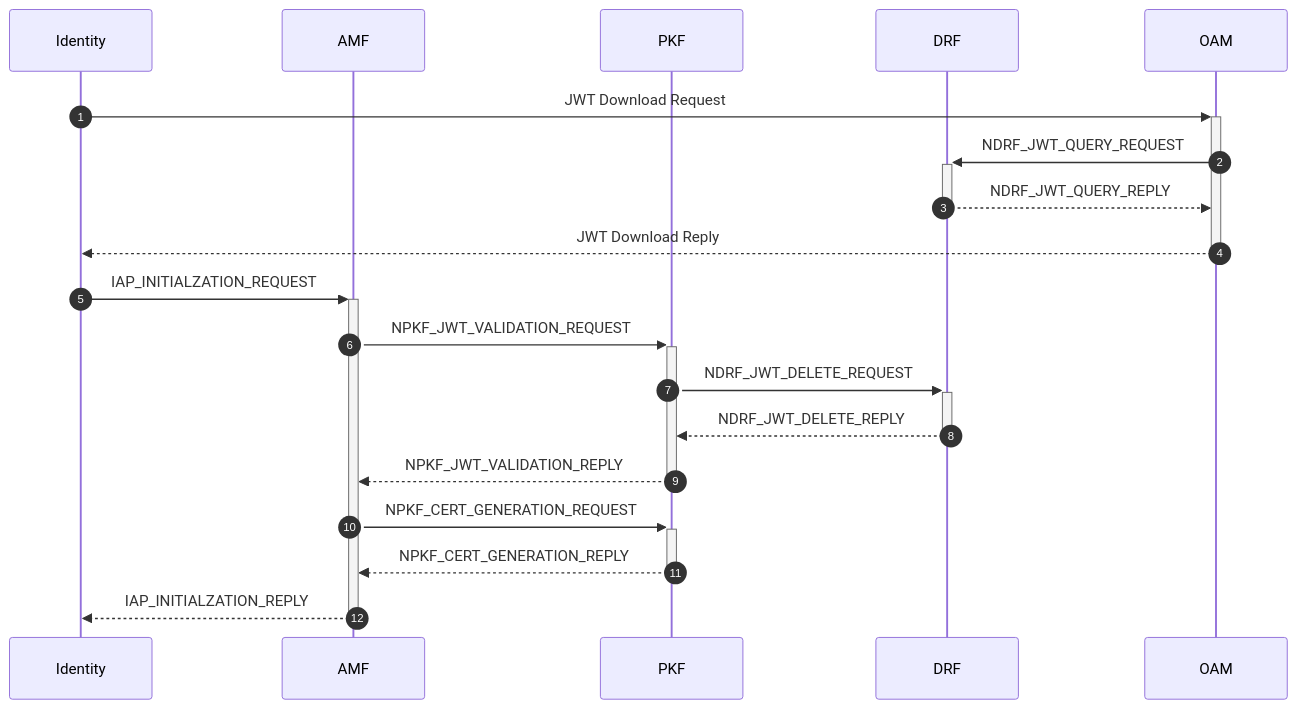
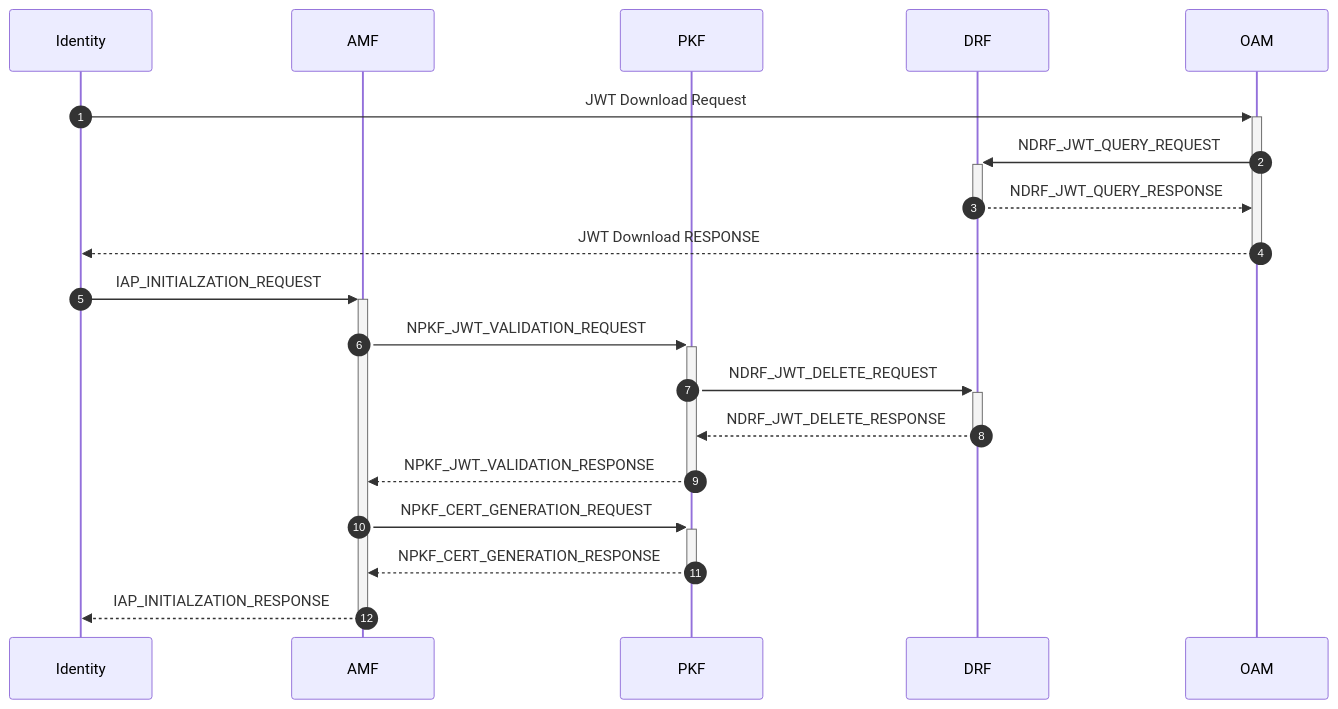
The sixth of 21 diagrams in doc/doc-spec/00-series-general/00.002-procedure.md (veil-link/veilink), drawn with Mermaid before and after one commit. The commit also changed other lines of this file, not shown here.

Commit message:
chore: update reply to response

````diff
--- a/doc/doc-spec/00-series-general/00.002-procedure.md
+++ b/doc/doc-spec/00-series-general/00.002-procedure.md
@@ -132,24 +132,24 @@
 ```mermaid
 sequenceDiagram
     autonumber
 
     participant id as Identity
     participant amf as AMF
     participant pkf as PKF
     participant drf as DRF
     participant oam as OAM
 
     id ->>+ oam: JWT Download Request
     oam ->>+ drf: NDRF_JWT_QUERY_REQUEST
-    drf -->>- oam: NDRF_JWT_QUERY_REPLY
-    oam -->>- id: JWT Download Reply
+    drf -->>- oam: NDRF_JWT_QUERY_RESPONSE
+    oam -->>- id: JWT Download RESPONSE
 
     id ->>+ amf: IAP_INITIALZATION_REQUEST
     amf ->>+ pkf: NPKF_JWT_VALIDATION_REQUEST
     pkf ->>+ drf: NDRF_JWT_DELETE_REQUEST
-    drf -->>- pkf: NDRF_JWT_DELETE_REPLY
-    pkf -->>- amf: NPKF_JWT_VALIDATION_REPLY
+    drf -->>- pkf: NDRF_JWT_DELETE_RESPONSE
+    pkf -->>- amf: NPKF_JWT_VALIDATION_RESPONSE
     amf ->>+ pkf: NPKF_CERT_GENERATION_REQUEST
-    pkf -->>- amf: NPKF_CERT_GENERATION_REPLY
-    amf -->>- id: IAP_INITIALZATION_REPLY
+    pkf -->>- amf: NPKF_CERT_GENERATION_RESPONSE
+    amf -->>- id: IAP_INITIALZATION_RESPONSE
 ```
````
